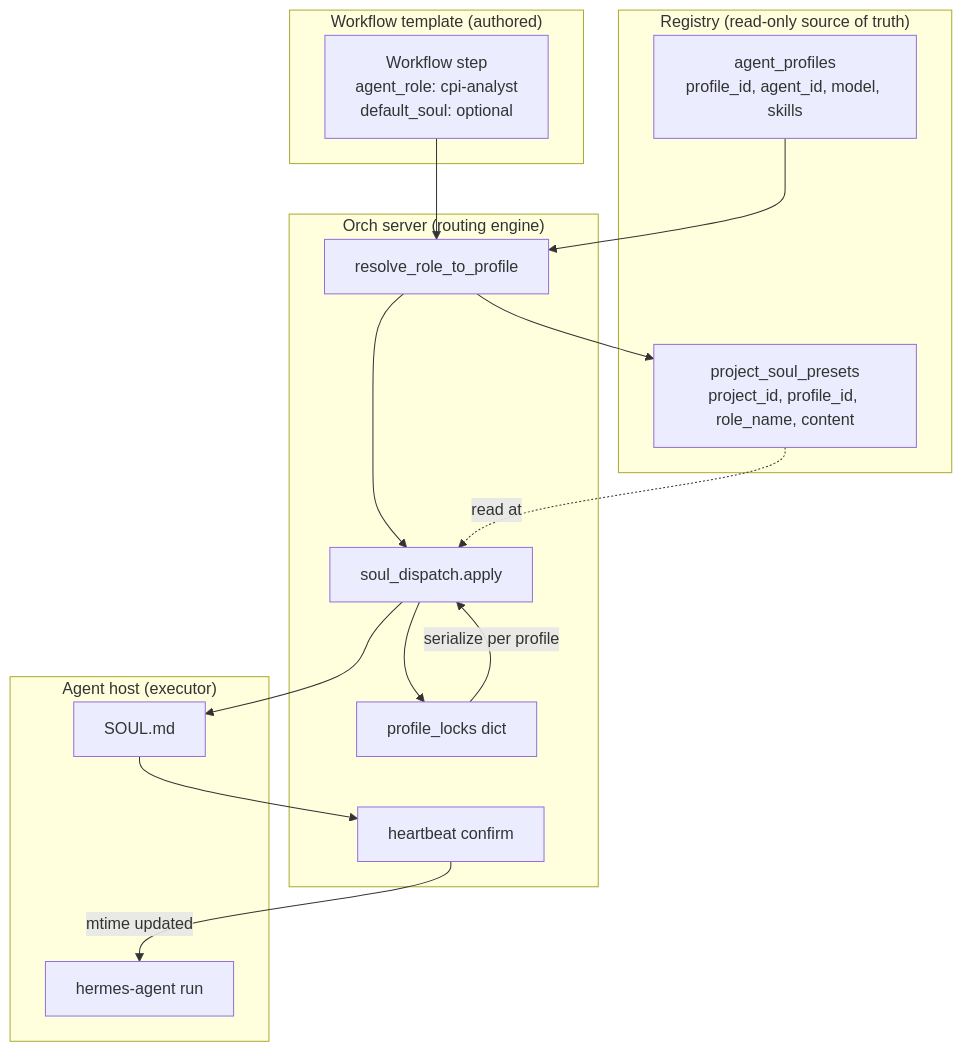
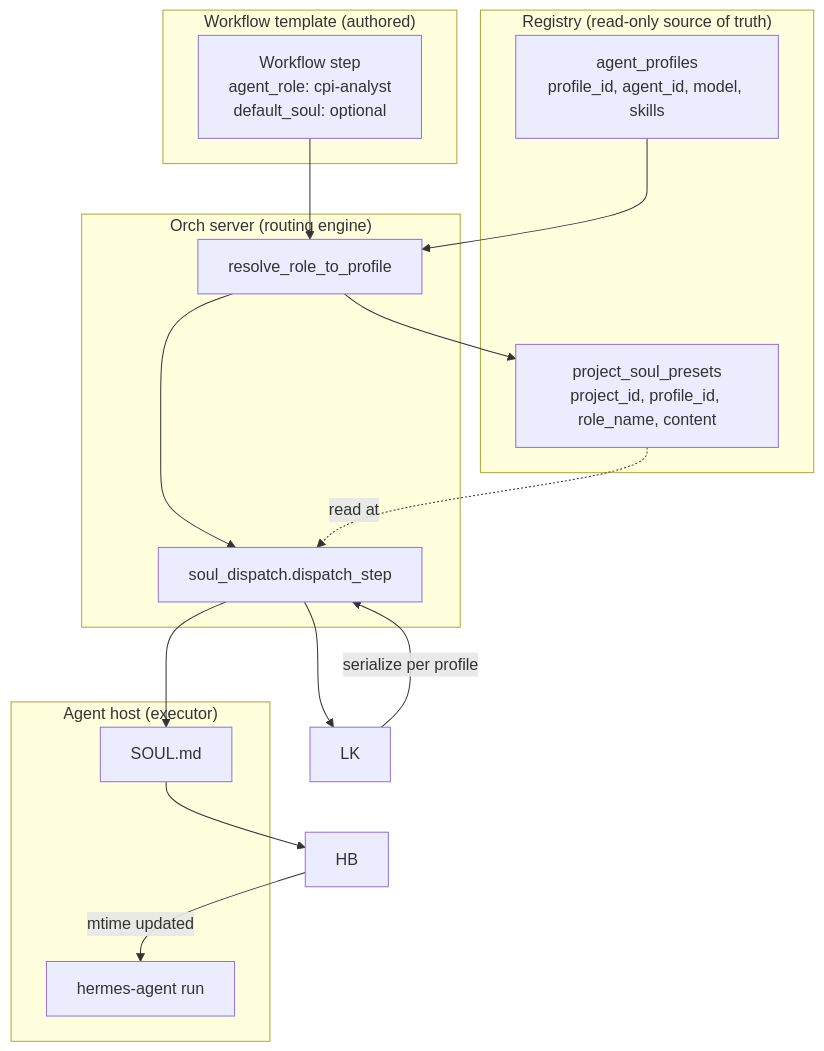
Before and after one commit to iamstanchui-byte/HermesStudio: the diagram in docs/soul-routing-design.md, drawn with Mermaid. The commit also changed other lines of this file, not shown here.

````diff
--- a/docs/soul-routing-design.md
+++ b/docs/soul-routing-design.md
@@ -97,34 +99,32 @@
 ```mermaid
 flowchart TB
     subgraph "Workflow template (authored)"
         WF[Workflow step<br/>agent_role: cpi-analyst<br/>default_soul: optional]
     end
 
     subgraph "Registry (read-only source of truth)"
         AP[agent_profiles<br/>profile_id, agent_id, model, skills]
         PSP[project_soul_presets<br/>project_id, profile_id, role_name, content]
     end
 
     subgraph "Orch server (routing engine)"
         RR[resolve_role_to_profile]
-        SA[soul_dispatch.apply]
-        LK[profile_locks dict]
-        HB[heartbeat confirm]
+        SA[soul_dispatch.dispatch_step]
     end
 
     subgraph "Agent host (executor)"
         MD[SOUL.md]
         TSK[hermes-agent run]
     end
 
     WF --> RR
     AP --> RR
     RR --> PSP
     RR --> SA
     SA --> LK
     LK -->|serialize per profile| SA
     SA --> MD
     MD --> HB
     HB -->|mtime updated| TSK
     PSP -.read at.-> SA
 ```
````
